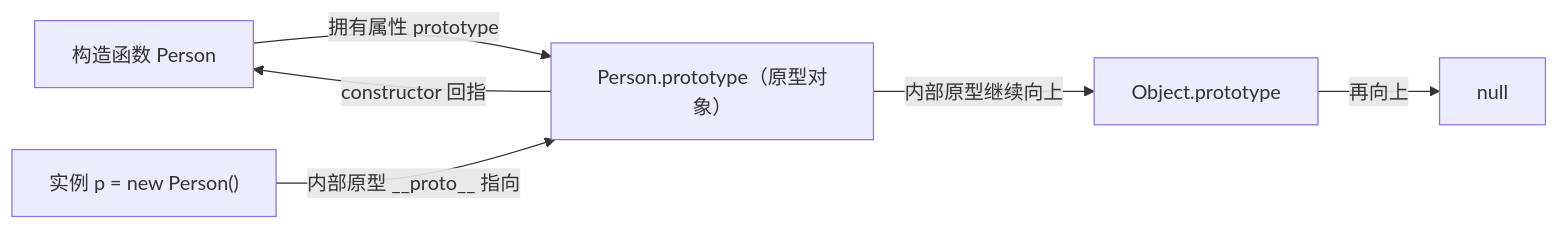
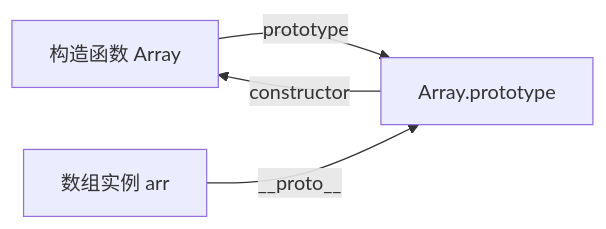
One commit to HN2461/HaonanKnowledgeBlog changed the second of 3 diagrams in public/notes/我的总结/JS/辅助资料/08_类型检测与原型链深度解析.md. Above: the diagram before and after it, drawn with Mermaid. The commit also changed other lines of this file and 15 other files, not shown here.

Commit message:
Markdown 渲染: 支持 Mermaid 预览与代码块增强

````diff
--- a/public/notes/我的总结/JS/辅助资料/08_类型检测与原型链深度解析.md
+++ b/public/notes/我的总结/JS/辅助资料/08_类型检测与原型链深度解析.md
@@ -10,8 +195,6 @@
 ```mermaid
 graph LR
-  A["构造函数 Person"] -->|"拥有属性 prototype"| B["Person.prototype（原型对象）"]
-  C["实例 p = new Person()"] -->|"内部原型 __proto__ 指向"| B
-  B -->|"constructor 回指"| A
-  B -->|"内部原型继续向上"| D["Object.prototype"]
-  D -->|"再向上"| E["null"]
+  A["构造函数 Array"] -->|"prototype"| B["Array.prototype"]
+  B -->|"constructor"| A
+  C["数组实例 arr"] -->|"__proto__"| B
 ```
````
